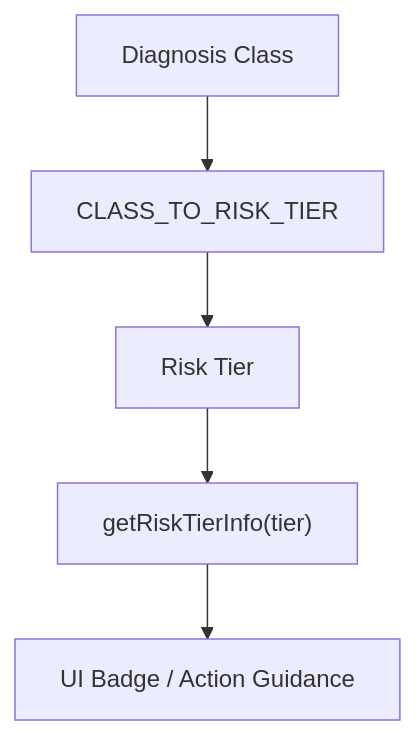
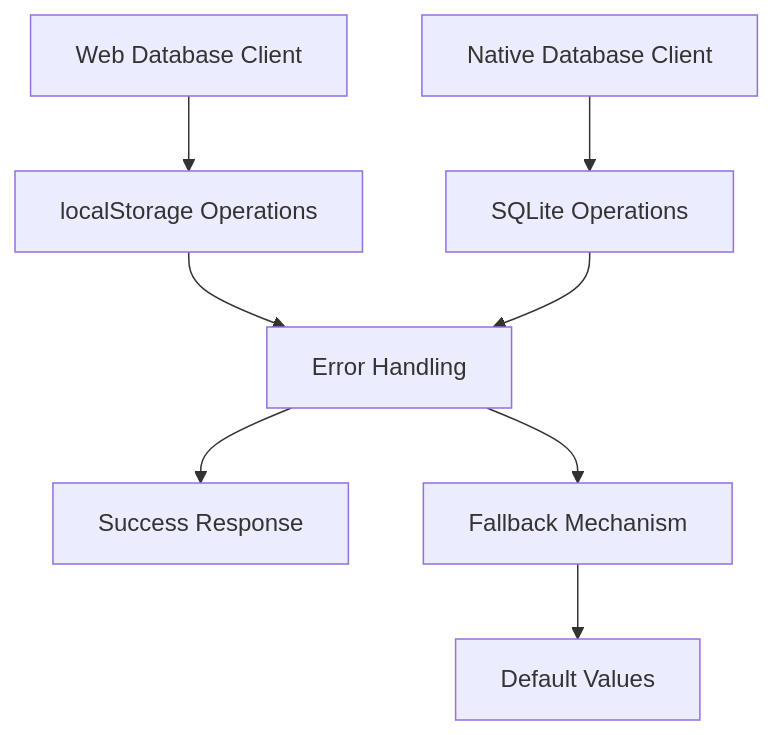
One commit to AdeelTahir-SE/DermSight changed the eighth of 9 diagrams in .qoder/repowiki/en/content/Settings and Configuration.md. Above: the diagram before and after it, drawn with Mermaid. The commit also changed other lines of this file and 43 other files, not shown here.

````diff
--- a/.qoder/repowiki/en/content/Settings and Configuration.md
+++ b/.qoder/repowiki/en/content/Settings and Configuration.md
@@ -247,7 +381,10 @@
 ```mermaid
 flowchart TD
-InClass["Diagnosis Class"] --> Map["CLASS_TO_RISK_TIER"]
-Map --> Tier["Risk Tier"]
-Tier --> Info["getRiskTierInfo(tier)"]
-Info --> Display["UI Badge / Action Guidance"]
+WebClient["Web Database Client"] --> LocalStorage["localStorage Operations"]
+NativeClient["Native Database Client"] --> SQLite["SQLite Operations"]
+LocalStorage --> ErrorHandle["Error Handling"]
+SQLite --> ErrorHandle
+ErrorHandle --> Success["Success Response"]
+ErrorHandle --> Fallback["Fallback Mechanism"]
+Fallback --> DefaultValues["Default Values"]
 ```
````
